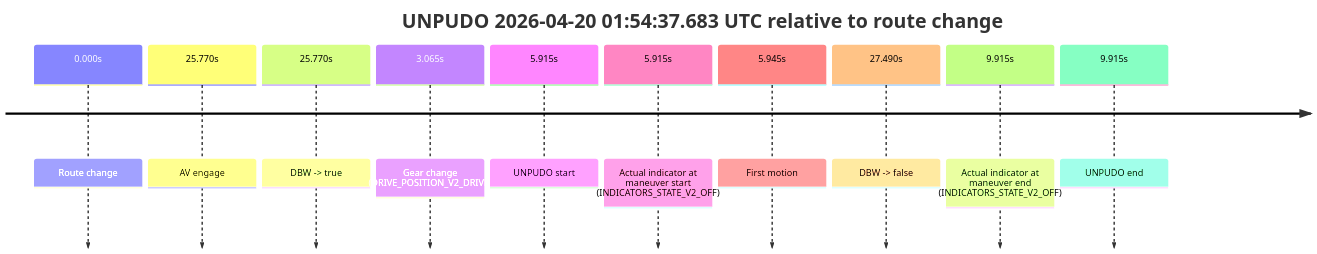
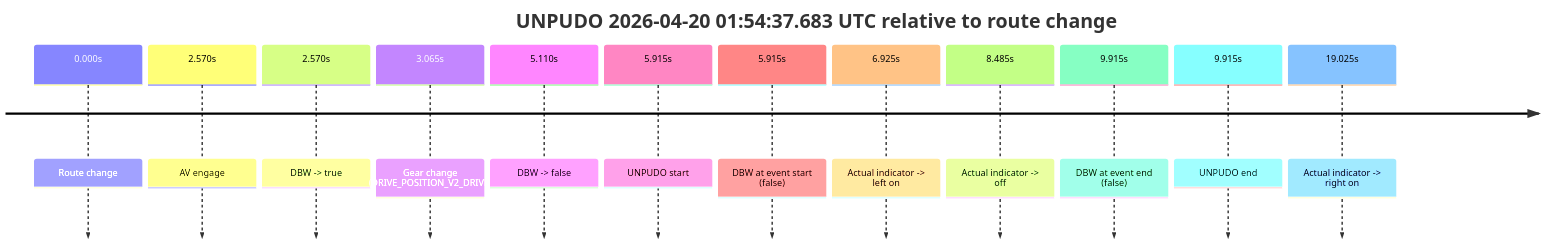
One commit to yoelshapiro/vault changed the fourth of 6 diagrams in model_analysis/report_cards/2026/04/Week-4/fme10011--2026-04-20--00-29-23--gen2-av-1baf6607-6545-4bd8-bb68-9244ef94cc2a.md. Above: the diagram before and after it, drawn with Mermaid. The commit also changed other lines of this file and 85 other files, not shown here.

````diff
--- a/model_analysis/report_cards/2026/04/Week-4/fme10011--2026-04-20--00-29-23--gen2-av-1baf6607-6545-4bd8-bb68-9244ef94cc2a.md
+++ b/model_analysis/report_cards/2026/04/Week-4/fme10011--2026-04-20--00-29-23--gen2-av-1baf6607-6545-4bd8-bb68-9244ef94cc2a.md
@@ -295,14 +346,16 @@
 ```mermaid
 timeline
     title UNPUDO 2026-04-20 01:54:37.683 UTC relative to route change
     0.000s : Route change
-    25.770s : AV engage
-    25.770s : DBW -> true
+    2.570s : AV engage
+    2.570s : DBW -> true
     3.065s : Gear change (DRIVE_POSITION_V2_DRIVE)
+    5.110s : DBW -> false
     5.915s : UNPUDO start
-    5.915s : Actual indicator at maneuver start (INDICATORS_STATE_V2_OFF)
-    5.945s : First motion
-    27.490s : DBW -> false
-    9.915s : Actual indicator at maneuver end (INDICATORS_STATE_V2_OFF)
+    5.915s : DBW at event start (false)
+    6.925s : Actual indicator -> left on
+    8.485s : Actual indicator -> off
+    9.915s : DBW at event end (false)
     9.915s : UNPUDO end
+    19.025s : Actual indicator -> right on
 ```
````
